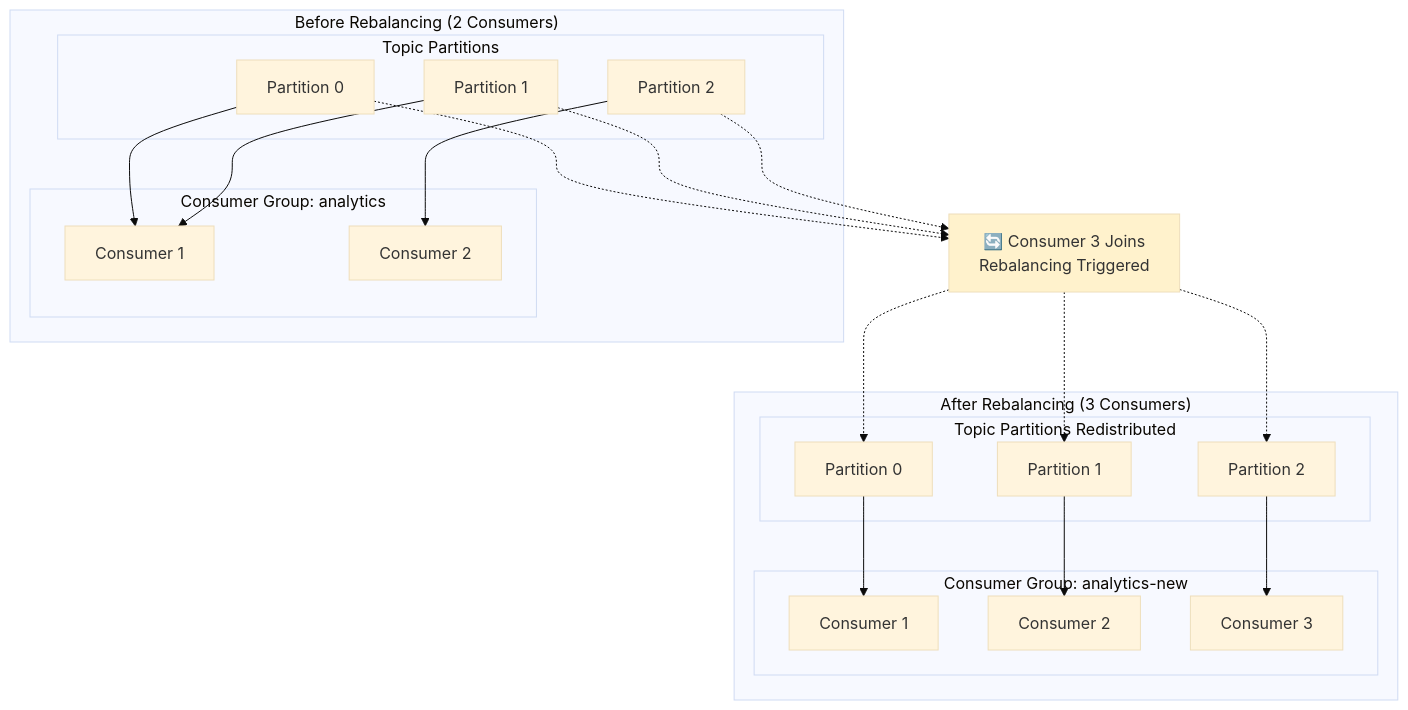
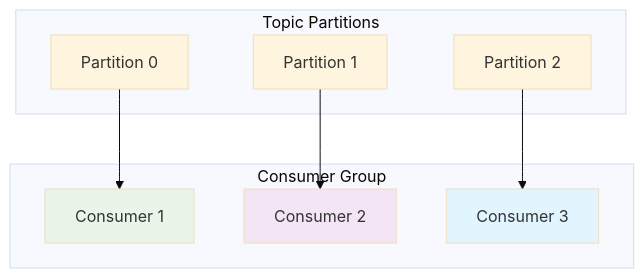
The fifth of 5 diagrams in week-1-fundamentals/theory/01-kafka-architecture.md (girijesh-ai/kafka-expert-bootcamp), drawn with Mermaid (base theme) before and after one commit. The commit also changed other lines of this file, not shown here.

Commit message:
Fixed theory content: balanced written explanations with simple diagrams

````diff
--- a/week-1-fundamentals/theory/01-kafka-architecture.md
+++ b/week-1-fundamentals/theory/01-kafka-architecture.md
@@ -266,41 +221,18 @@
 ```mermaid
 graph TD
-    subgraph "Before Rebalancing (2 Consumers)"
-        subgraph "Consumer Group: analytics"
-            C1[Consumer 1]
-            C2[Consumer 2]
-        end
-
-        subgraph "Topic Partitions"
-            P0[Partition 0] --> C1
-            P1[Partition 1] --> C1
-            P2[Partition 2] --> C2
-        end
+    subgraph "Consumer Group"
+        C1[Consumer 1]
+        C2[Consumer 2]
+        C3[Consumer 3]
     end
 
-    REBALANCE[🔄 Consumer 3 Joins<br/>Rebalancing Triggered]
-
-    subgraph "After Rebalancing (3 Consumers)"
-        subgraph "Consumer Group: analytics-new"
-            C1_new[Consumer 1]
-            C2_new[Consumer 2]
-            C3_new[Consumer 3]
-        end
-
-        subgraph "Topic Partitions Redistributed"
-            P0_new[Partition 0] --> C1_new
-            P1_new[Partition 1] --> C2_new
-            P2_new[Partition 2] --> C3_new
-        end
+    subgraph "Topic Partitions"
+        P0[Partition 0] --> C1
+        P1[Partition 1] --> C2
+        P2[Partition 2] --> C3
     end
 
-    P0 -.-> REBALANCE
-    P1 -.-> REBALANCE
-    P2 -.-> REBALANCE
-
-    REBALANCE -.-> P0_new
-    REBALANCE -.-> P1_new
-    REBALANCE -.-> P2_new
-
-    style REBALANCE fill:#fff2cc
+    style C1 fill:#e8f5e8
+    style C2 fill:#f3e5f5
+    style C3 fill:#e1f5fe
 ```
````
